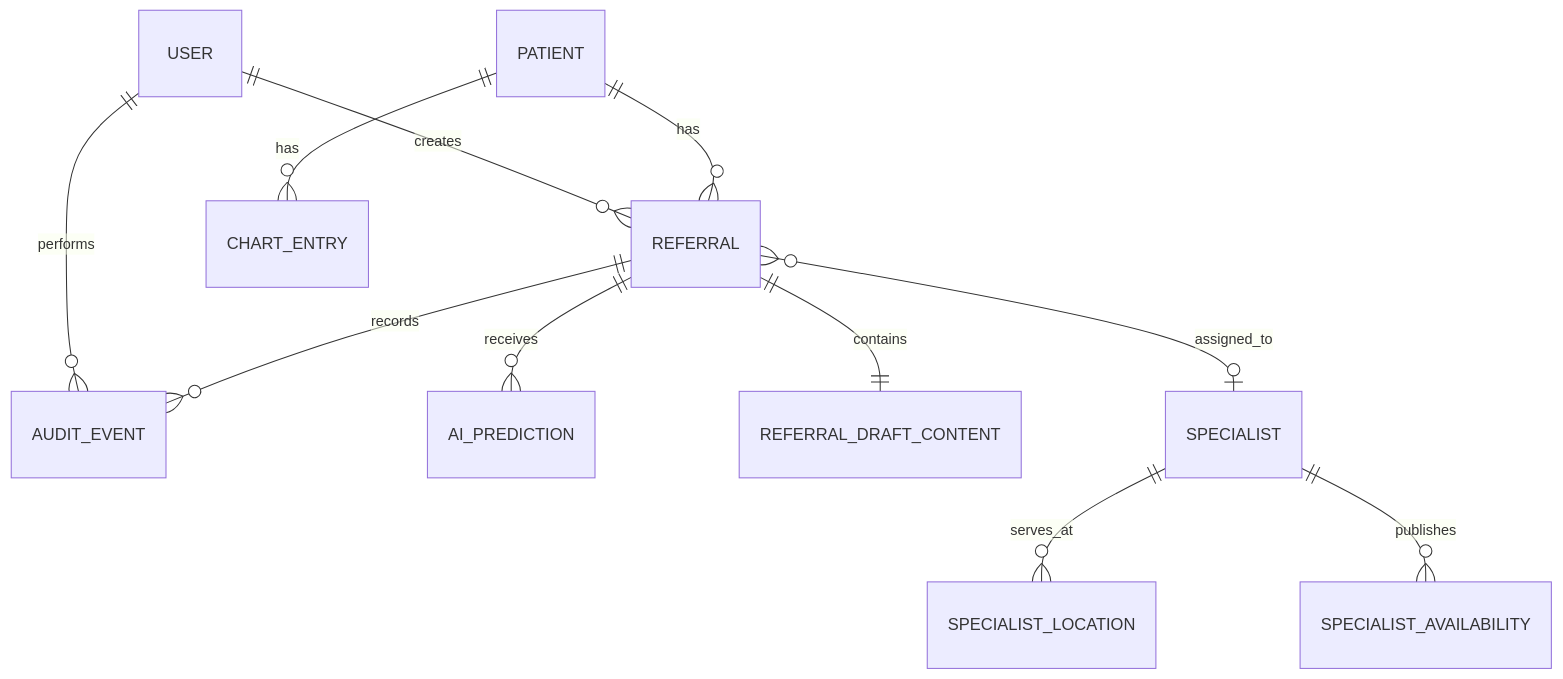
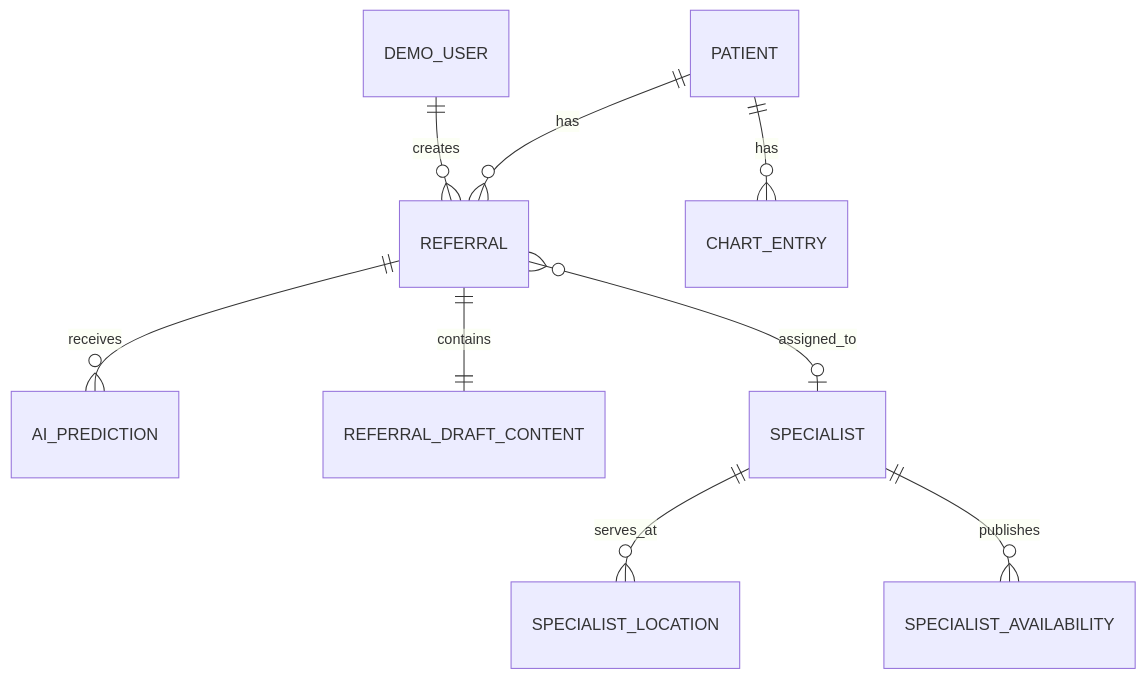
The third of 3 diagrams in docs/master-document.md (sightsontheheights/ReferOn), drawn with Mermaid before and after one commit. The commit also changed other lines of this file, not shown here.

````diff
--- a/docs/master-document.md
+++ b/docs/master-document.md
@@ -268,13 +275,11 @@
 ```mermaid
 erDiagram
-  USER ||--o{ REFERRAL : creates
-  USER ||--o{ AUDIT_EVENT : performs
+  DEMO_USER ||--o{ REFERRAL : creates
   PATIENT ||--o{ CHART_ENTRY : has
   PATIENT ||--o{ REFERRAL : has
   REFERRAL ||--o{ AI_PREDICTION : receives
   REFERRAL ||--|| REFERRAL_DRAFT_CONTENT : contains
   REFERRAL }o--o| SPECIALIST : assigned_to
   SPECIALIST ||--o{ SPECIALIST_LOCATION : serves_at
   SPECIALIST ||--o{ SPECIALIST_AVAILABILITY : publishes
-  REFERRAL ||--o{ AUDIT_EVENT : records
 ```
````
